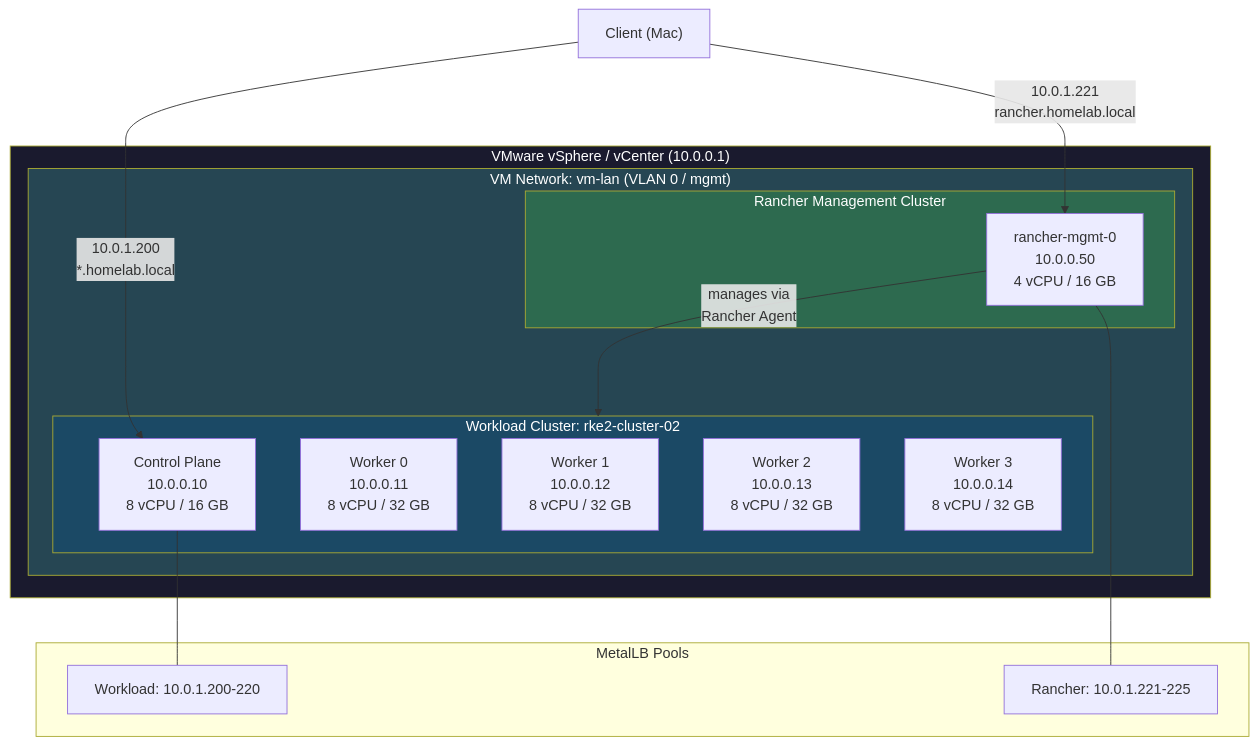
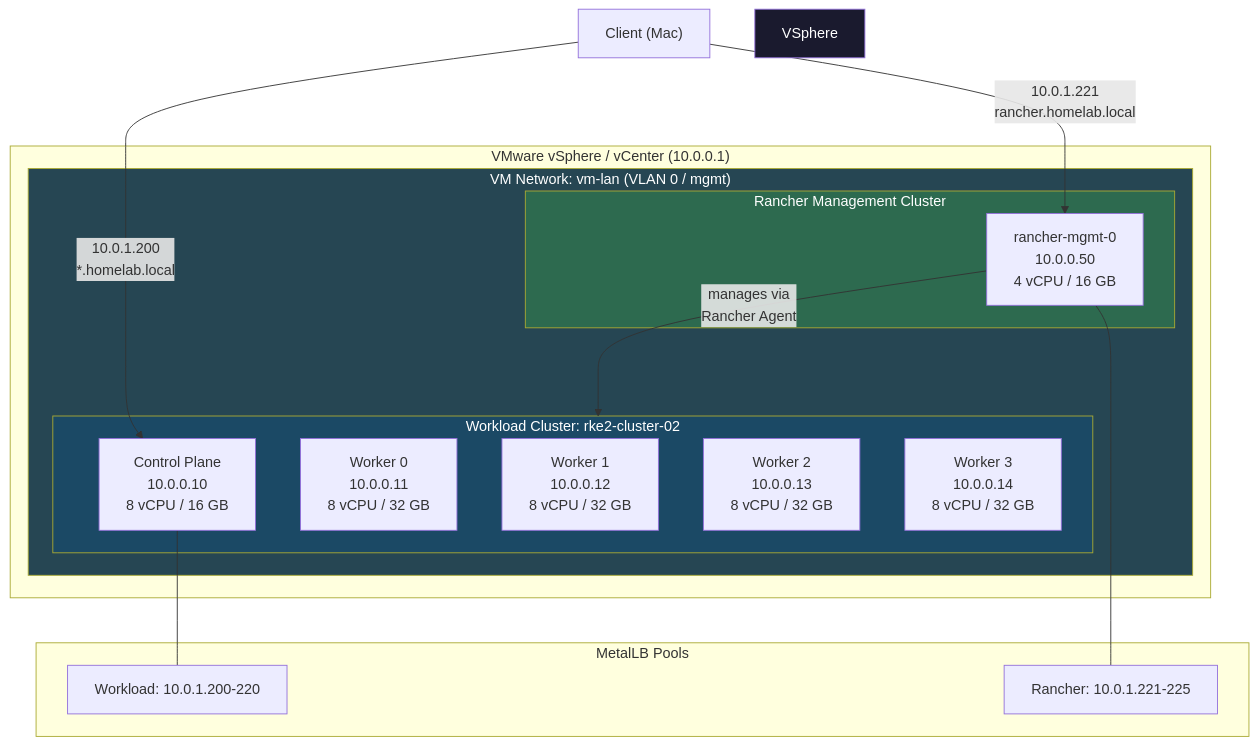
The first of 9 diagrams in README.md (kratos81/production-homelab), drawn with Mermaid before and after one commit. The commit also changed other lines of this file and 27 other files, not shown here.

Commit message:
Update all architecture diagrams and docs for VMware vSphere

````diff
--- a/README.md
+++ b/README.md
@@ -170,36 +170,36 @@
 ```mermaid
 graph TB
-    subgraph Harvester["VMware vSphere / vCenter (10.0.0.1)"]
+    subgraph vSphere["VMware vSphere / vCenter (10.0.0.1)"]
         subgraph Network["VM Network: vm-lan (VLAN 0 / mgmt)"]
             subgraph Rancher["Rancher Management Cluster"]
                 RM0["rancher-mgmt-0<br/>10.0.0.50<br/>4 vCPU / 16 GB"]
             end
 
             subgraph Cluster02["Workload Cluster: rke2-cluster-02"]
                 CP0["Control Plane<br/>10.0.0.10<br/>8 vCPU / 16 GB"]
                 W0["Worker 0<br/>10.0.0.11<br/>8 vCPU / 32 GB"]
                 W1["Worker 1<br/>10.0.0.12<br/>8 vCPU / 32 GB"]
                 W2["Worker 2<br/>10.0.0.13<br/>8 vCPU / 32 GB"]
                 W3["Worker 3<br/>10.0.0.14<br/>8 vCPU / 32 GB"]
             end
         end
     end
 
     RM0 -->|"manages via<br/>Rancher Agent"| Cluster02
 
     Client["Client (Mac)"] -->|"10.0.1.221<br/>rancher.homelab.local"| RM0
     Client -->|"10.0.1.200<br/>*.homelab.local"| CP0
 
     subgraph LB["MetalLB Pools"]
         Pool1["Workload: 10.0.1.200-220"]
         Pool2["Rancher: 10.0.1.221-225"]
     end
 
     CP0 --- Pool1
     RM0 --- Pool2
 
-    style Harvester fill:#1a1a2e,color:#fff
+    style VSphere fill:#1a1a2e,color:#fff
     style Rancher fill:#2d6a4f,color:#fff
     style Cluster02 fill:#1b4965,color:#fff
     style Network fill:#264653,color:#fff
 ```
````
